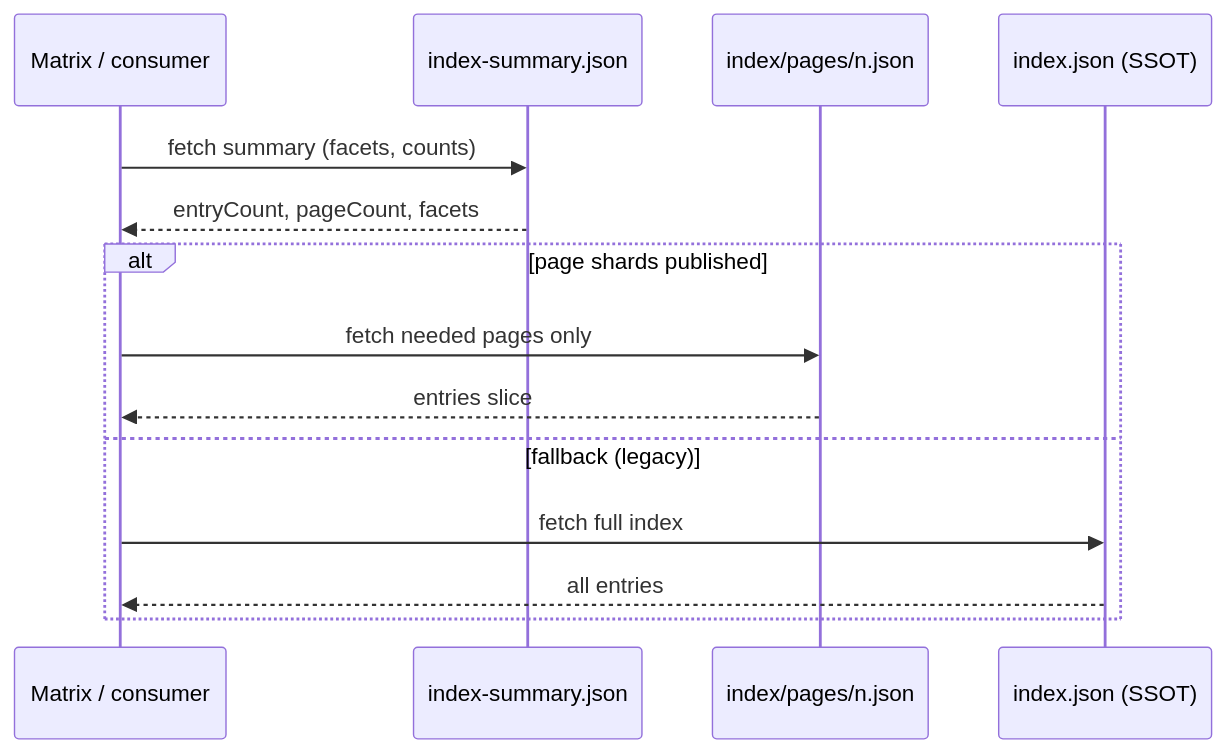
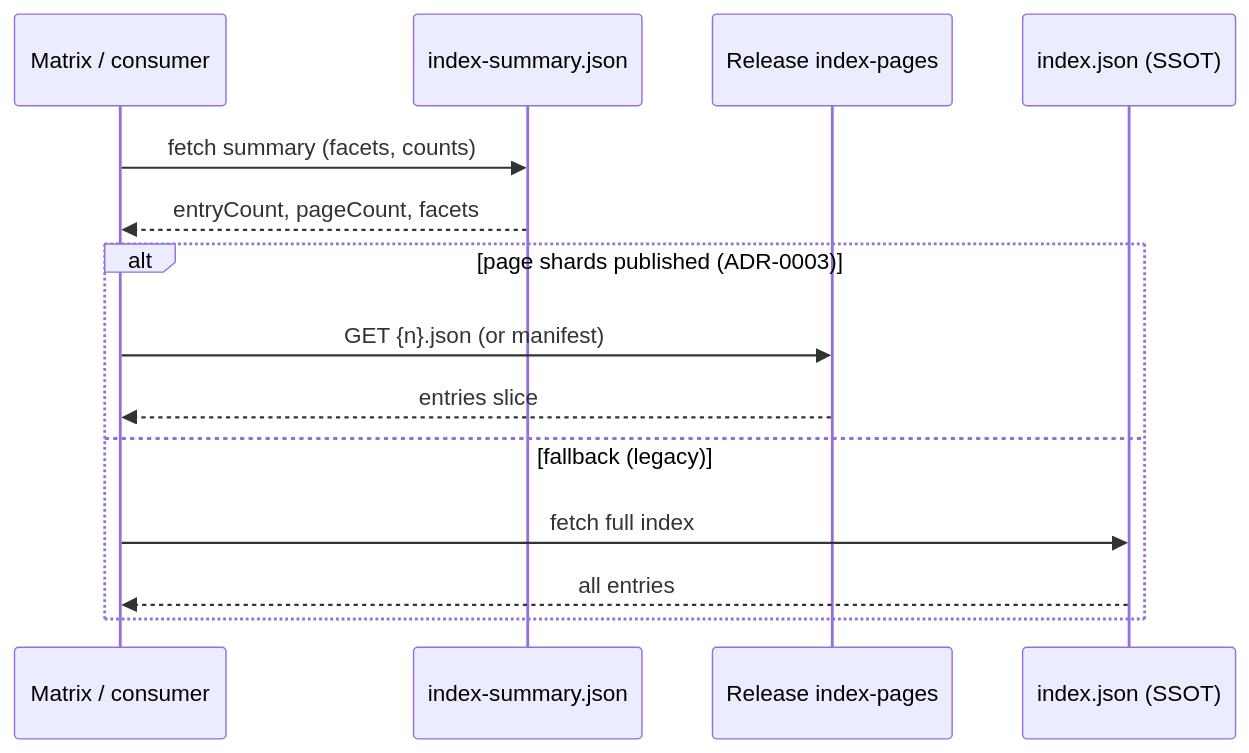
The first of 2 diagrams in documents/diagrams/index-paging-flow.md (AutoDevJapan/GoDD-Design-Systems), drawn with Mermaid before and after one commit. The commit also changed other lines of this file and 9 other files, not shown here.

First line of the commit message:
feat: index/pages を Release asset で公開する (#63)

````diff
--- a/documents/diagrams/index-paging-flow.md
+++ b/documents/diagrams/index-paging-flow.md
@@ -5,17 +5,17 @@
 ```mermaid
 sequenceDiagram
   participant M as Matrix / consumer
   participant S as index-summary.json
-  participant P as index/pages/n.json
+  participant R as Release index-pages
   participant I as index.json (SSOT)
 
   M->>S: fetch summary (facets, counts)
   S-->>M: entryCount, pageCount, facets
-  alt page shards published
-    M->>P: fetch needed pages only
-    P-->>M: entries slice
+  alt page shards published (ADR-0003)
+    M->>R: GET {n}.json (or manifest)
+    R-->>M: entries slice
   else fallback (legacy)
     M->>I: fetch full index
     I-->>M: all entries
   end
 ```
````
